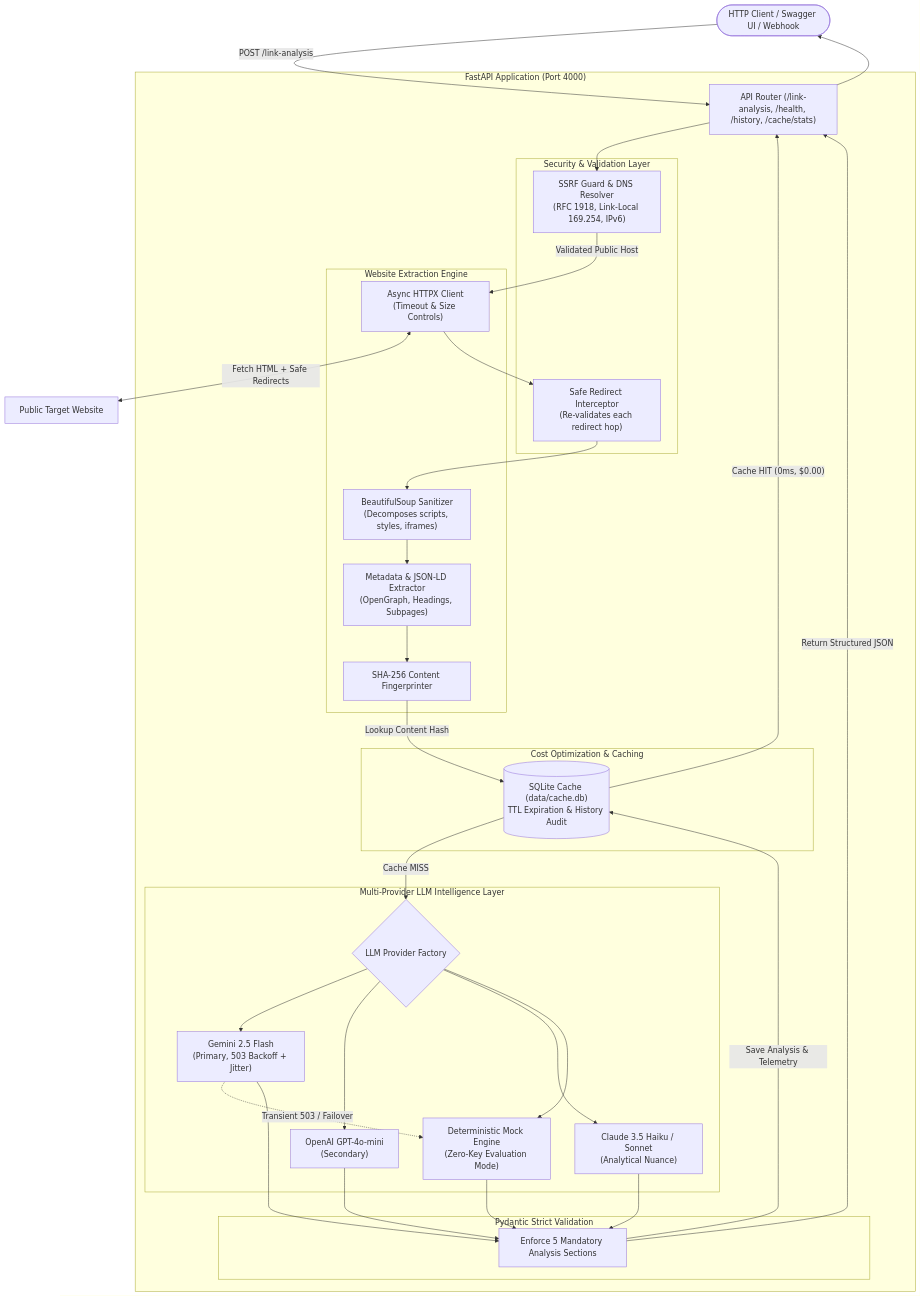
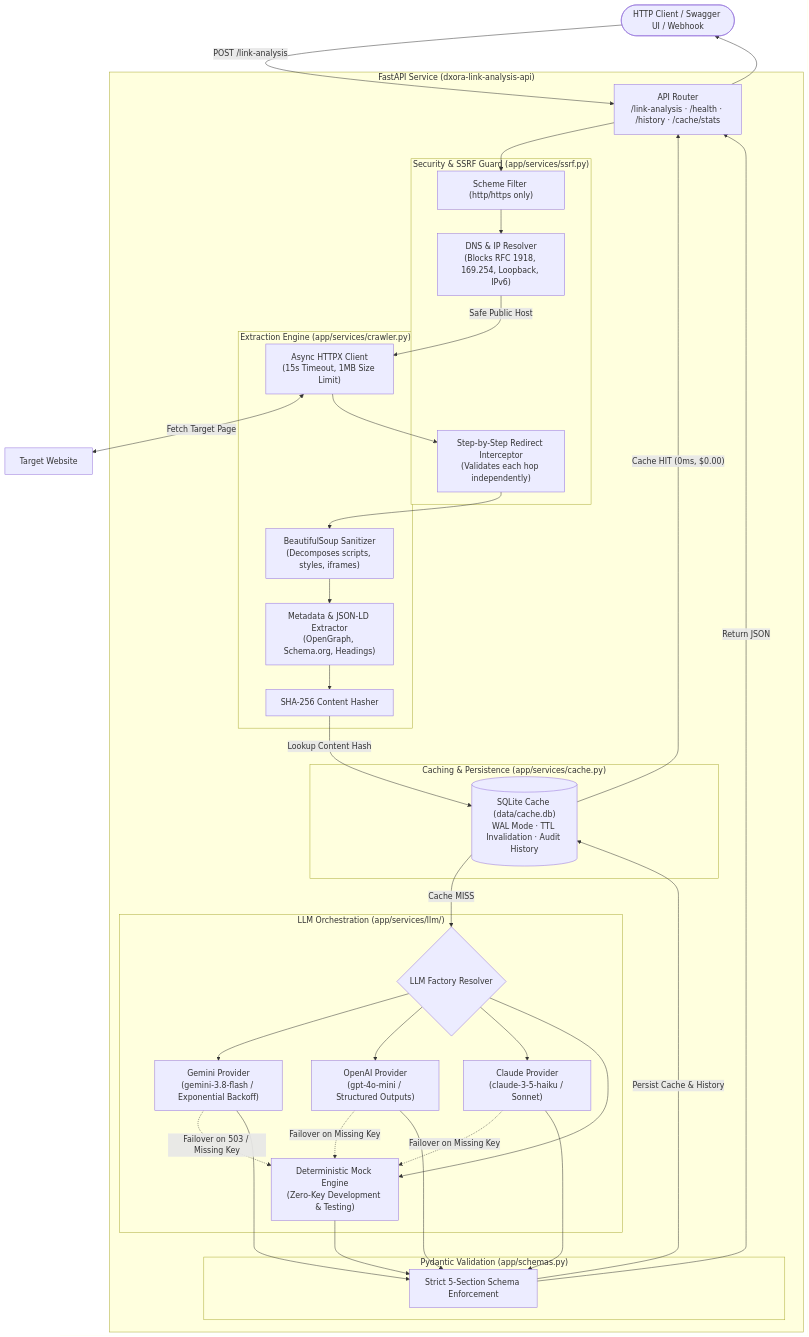
The diagram in README.md (rishika638/internship-assignment), drawn with Mermaid before and after one commit. The commit also changed other lines of this file, not shown here.

````diff
--- a/README.md
+++ b/README.md
@@ -17,63 +102,66 @@
 ```mermaid
 flowchart TD
     Client(["HTTP Client / Swagger UI / Webhook"])
-    
-    subgraph FastAPI_Service["FastAPI Application (Port 4000)"]
-        Router["API Router (/link-analysis, /health, /history, /cache/stats)"]
-        
-        subgraph Security_Layer["Security & Validation Layer"]
-            SSRFValidator["SSRF Guard & DNS Resolver<br/>(RFC 1918, Link-Local 169.254, IPv6)"]
-            RedirectHook["Safe Redirect Interceptor<br/>(Re-validates each redirect hop)"]
+
+    subgraph Service["FastAPI Service (dxora-link-analysis-api)"]
+        Router["API Router<br/>/link-analysis · /health · /history · /cache/stats"]
+
+        subgraph Security["Security & SSRF Guard (app/services/ssrf.py)"]
+            SchemeFilter["Scheme Filter (http/https only)"]
+            DNSValidator["DNS & IP Resolver<br/>(Blocks RFC 1918, 169.254, Loopback, IPv6)"]
+            RedirectHook["Step-by-Step Redirect Interceptor<br/>(Validates each hop independently)"]
         end
-        
-        subgraph Extraction_Engine["Website Extraction Engine"]
-            HTTPXEngine["Async HTTPX Client<br/>(Timeout & Size Controls)"]
+
+        subgraph Extraction["Extraction Engine (app/services/crawler.py)"]
+            HTTPXClient["Async HTTPX Client<br/>(15s Timeout, 1MB Size Limit)"]
             SoupCleaner["BeautifulSoup Sanitizer<br/>(Decomposes scripts, styles, iframes)"]
-            MetadataExtractor["Metadata & JSON-LD Extractor<br/>(OpenGraph, Headings, Subpages)"]
-            Hasher["SHA-256 Content Fingerprinter"]
+            Extractor["Metadata & JSON-LD Extractor<br/>(OpenGraph, Schema.org, Headings)"]
+            Fingerprint["SHA-256 Content Hasher"]
         end
-        
-        subgraph Optimization_Layer["Cost Optimization & Caching"]
-            SQLiteCache[("SQLite Cache (data/cache.db)<br/>TTL Expiration & History Audit")]
+
+        subgraph CacheLayer["Caching & Persistence (app/services/cache.py)"]
+            SQLiteCache[("SQLite Cache (data/cache.db)<br/>WAL Mode · TTL Invalidation · Audit History")]
         end
-        
-        subgraph AI_Intelligence["Multi-Provider LLM Intelligence Layer"]
-            Factory{"LLM Provider Factory"}
-            Gemini["Gemini 2.5 Flash<br/>(Primary, 503 Backoff + Jitter)"]
-            OpenAI["OpenAI GPT-4o-mini<br/>(Secondary)"]
-            Claude["Claude 3.5 Haiku / Sonnet<br/>(Analytical Nuance)"]
-            MockEngine["Deterministic Mock Engine<br/>(Zero-Key Evaluation Mode)"]
+
+        subgraph LLMLayer["LLM Orchestration (app/services/llm/)"]
+            Factory{"LLM Factory Resolver"}
+            Gemini["Gemini Provider<br/>(gemini-3.8-flash / Exponential Backoff)"]
+            OpenAI["OpenAI Provider<br/>(gpt-4o-mini / Structured Outputs)"]
+            Claude["Claude Provider<br/>(claude-3-5-haiku / Sonnet)"]
+            MockEngine["Deterministic Mock Engine<br/>(Zero-Key Development & Testing)"]
         end
-        
-        subgraph Schema_Validation["Pydantic Strict Validation"]
-            SchemaV["Enforce 5 Mandatory Analysis Sections"]
+
+        subgraph SchemaValidator["Pydantic Validation (app/schemas.py)"]
+            SchemaCheck["Strict 5-Section Schema Enforcement"]
         end
     end
 
     Client -->|"POST /link-analysis"| Router
-    Router --> SSRFValidator
-    SSRFValidator -->|"Validated Public Host"| HTTPXEngine
-    HTTPXEngine <-->|"Fetch HTML + Safe Redirects"| RemoteWeb["Public Target Website"]
-    HTTPXEngine --> RedirectHook --> SoupCleaner
-    SoupCleaner --> MetadataExtractor --> Hasher
-    Hasher -->|"Lookup Content Hash"| SQLiteCache
-    
+    Router --> SchemeFilter --> DNSValidator
+    DNSValidator -->|"Safe Public Host"| HTTPXClient
+    HTTPXClient <-->|"Fetch Target Page"| RemoteSite["Target Website"]
+    HTTPXClient --> RedirectHook --> SoupCleaner
+    SoupCleaner --> Extractor --> Fingerprint
+    Fingerprint -->|"Lookup Content Hash"| SQLiteCache
+
     SQLiteCache -->|"Cache HIT (0ms, $0.00)"| Router
     SQLiteCache -->|"Cache MISS"| Factory
-    
+
     Factory --> Gemini
     Factory --> OpenAI
     Factory --> Claude
     Factory --> MockEngine
-    
-    Gemini -.->|"Transient 503 / Failover"| MockEngine
-    
-    Gemini --> SchemaV
-    OpenAI --> SchemaV
-    Claude --> SchemaV
-    MockEngine --> SchemaV
-    
-    SchemaV -->|"Save Analysis & Telemetry"| SQLiteCache
-    SchemaV -->|"Return Structured JSON"| Router
+
+    Gemini -.->|"Failover on 503 / Missing Key"| MockEngine
+    OpenAI -.->|"Failover on Missing Key"| MockEngine
+    Claude -.->|"Failover on Missing Key"| MockEngine
+
+    Gemini --> SchemaCheck
+    OpenAI --> SchemaCheck
+    Claude --> SchemaCheck
+    MockEngine --> SchemaCheck
+
+    SchemaCheck -->|"Persist Cache & History"| SQLiteCache
+    SchemaCheck -->|"Return JSON"| Router
     Router --> Client
 ```
````
